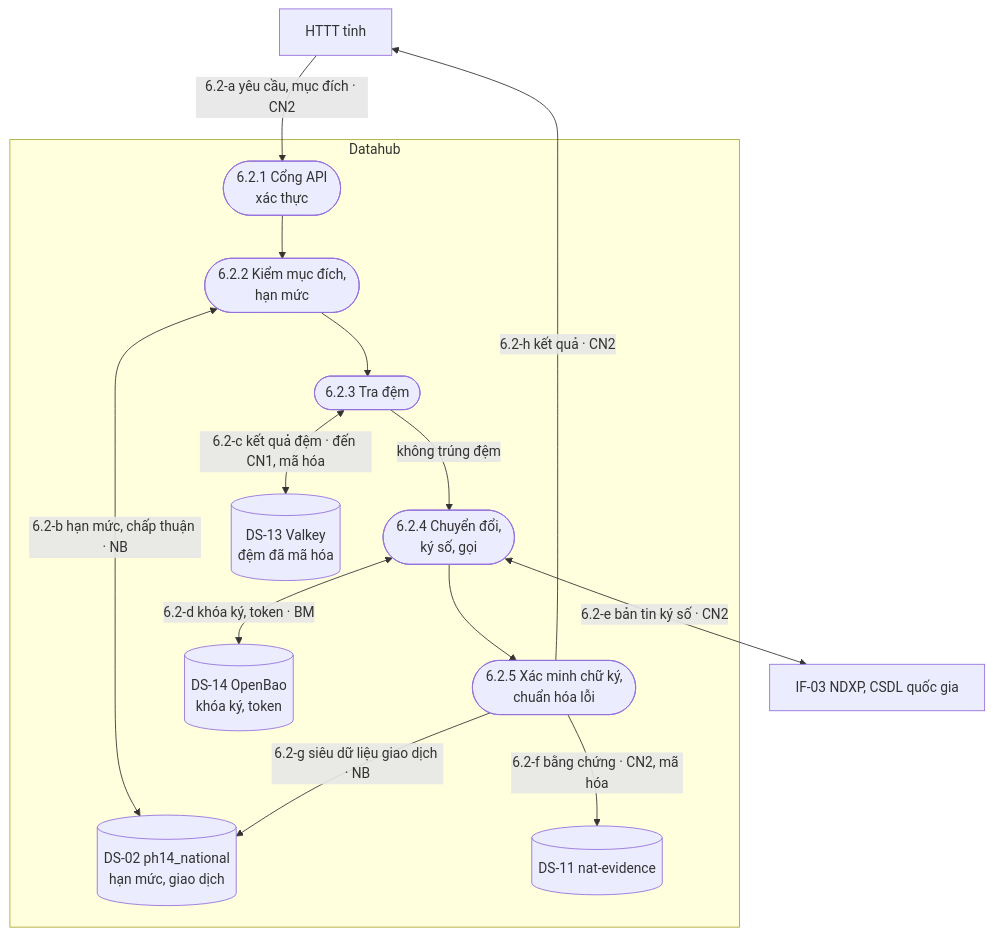
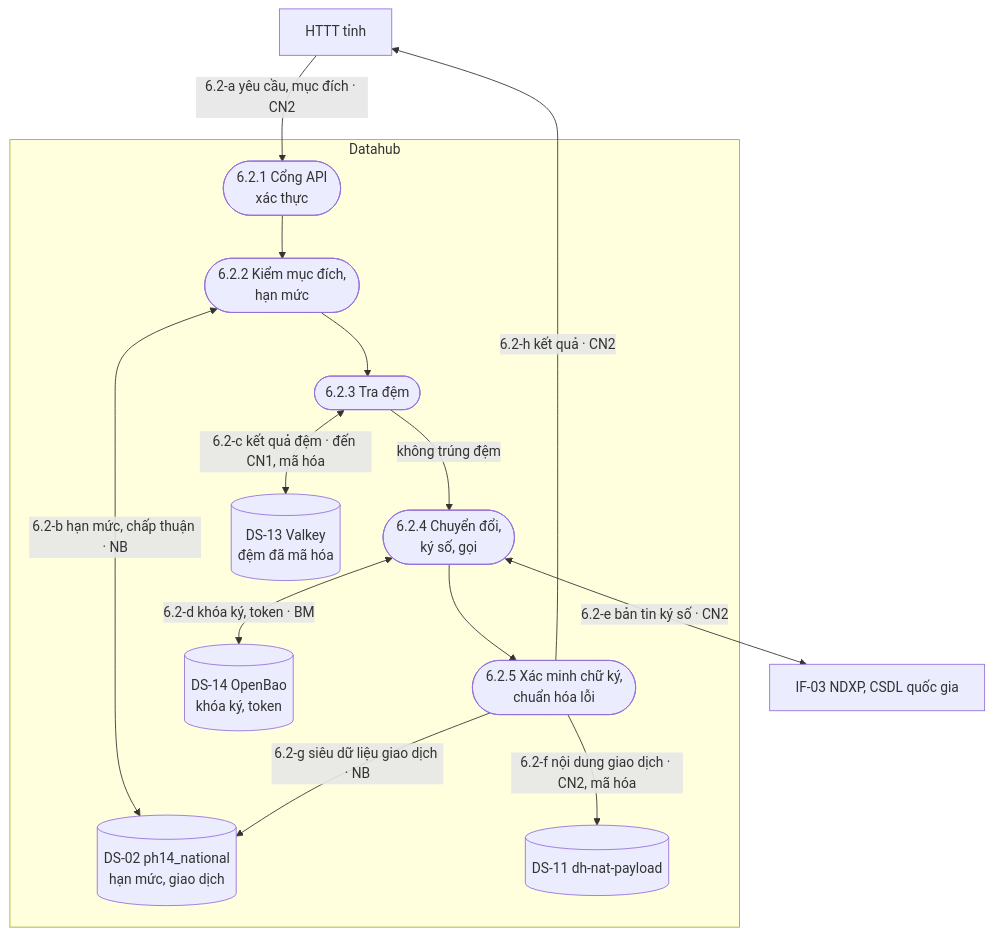
Diagram 11 of 17 in datahub-docs/02-yeu-cau/D02-06-dfd-phan-loai-du-lieu.md (caprocute/DATAHUB), drawn with Mermaid before and after one commit. The commit also changed other lines of this file, not shown here.

````diff
--- a/datahub-docs/02-yeu-cau/D02-06-dfd-phan-loai-du-lieu.md
+++ b/datahub-docs/02-yeu-cau/D02-06-dfd-phan-loai-du-lieu.md
@@ -560,28 +563,28 @@
 ```{.mermaid caption="DFD mức 2 luồng tra cứu CSDL quốc gia qua PH-14"}
 flowchart TB
   HT["HTTT tỉnh"]
   NDXP["IF-03 NDXP, CSDL quốc gia"]
   subgraph DH[Datahub]
     P1(["6.2.1 Cổng API<br/>xác thực"])
     P2(["6.2.2 Kiểm mục đích,<br/>hạn mức"])
     P3(["6.2.3 Tra đệm"])
     P4(["6.2.4 Chuyển đổi,<br/>ký số, gọi"])
     P5(["6.2.5 Xác minh chữ ký,<br/>chuẩn hóa lỗi"])
     C[("DS-13 Valkey<br/>đệm đã mã hóa")]
     Q[("DS-02 ph14_national<br/>hạn mức, giao dịch")]
-    E[("DS-11 nat-evidence")]
+    E[("DS-11 dh-nat-payload")]
     B[("DS-14 OpenBao<br/>khóa ký, token")]
   end
   HT -->|"6.2-a yêu cầu, mục đích · CN2"| P1
   P1 --> P2
   P2 <-->|"6.2-b hạn mức, chấp thuận · NB"| Q
   P2 --> P3
   P3 <-->|"6.2-c kết quả đệm · đến CN1, mã hóa"| C
   P3 -->|"không trúng đệm"| P4
   P4 <-->|"6.2-d khóa ký, token · BM"| B
   P4 <-->|"6.2-e bản tin ký số · CN2"| NDXP
   P4 --> P5
-  P5 -->|"6.2-f bằng chứng · CN2, mã hóa"| E
+  P5 -->|"6.2-f nội dung giao dịch · CN2, mã hóa"| E
   P5 -->|"6.2-g siêu dữ liệu giao dịch · NB"| Q
   P5 -->|"6.2-h kết quả · CN2"| HT
 ```
````
